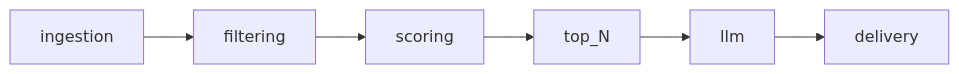
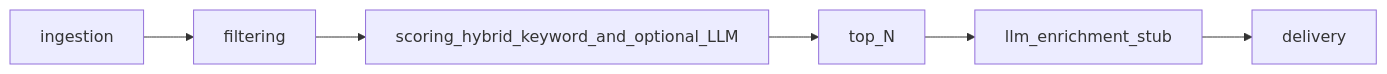
Before and after one commit to Anniegard/habr-tech-radar-bot: the diagram in project-docs/ARCHITECTURE.md, drawn with Mermaid. The commit also changed other lines of this file and 15 other files, not shown here.

````diff
--- a/project-docs/ARCHITECTURE.md
+++ b/project-docs/ARCHITECTURE.md
@@ -5,10 +5,10 @@
 ```mermaid
 flowchart LR
   ingest[ingestion]
   filt[filtering]
-  score[scoring]
+  score[scoring_hybrid_keyword_and_optional_LLM]
   rank[top_N]
-  llm[llm]
+  enrich[llm_enrichment_stub]
   del[delivery]
-  ingest --> filt --> score --> rank --> llm --> del
+  ingest --> filt --> score --> rank --> enrich --> del
 ```
````
